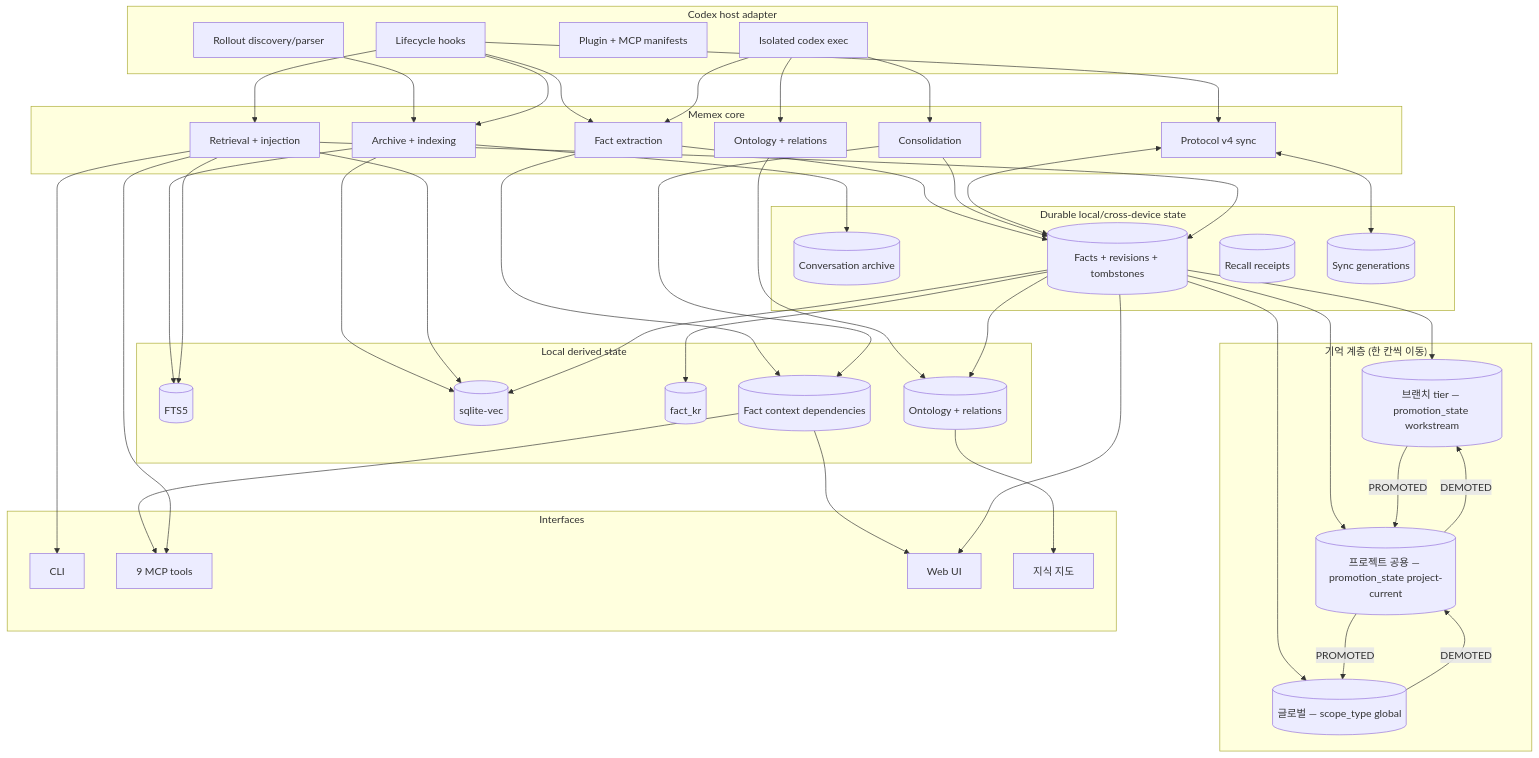
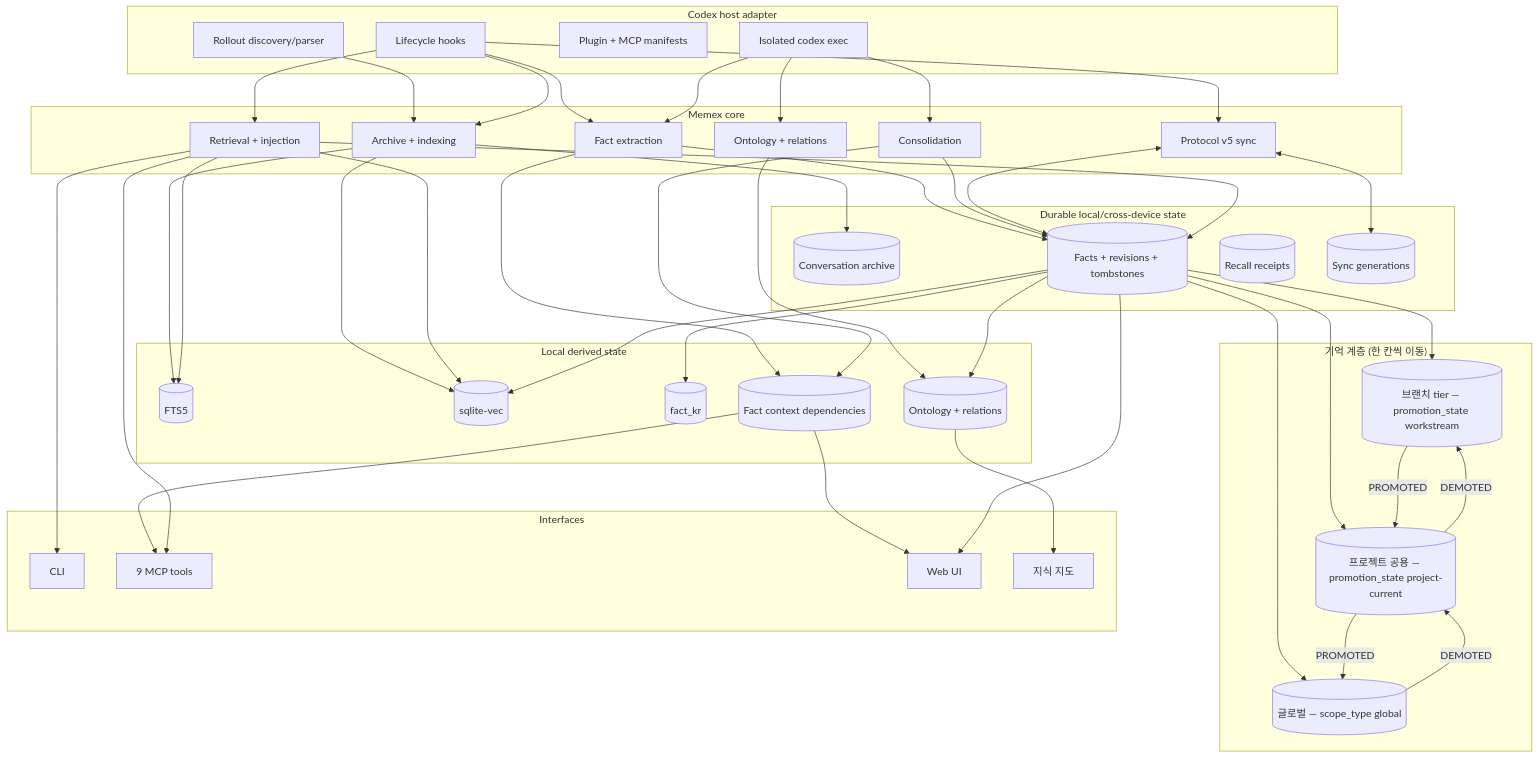
The first of 2 diagrams in docs/ARCHITECTURE.md (BongSuCHOI/memex), drawn with Mermaid before and after one commit. The commit also changed other lines of this file and 9 other files, not shown here.

```diff
--- a/docs/ARCHITECTURE.md
+++ b/docs/ARCHITECTURE.md
@@ -31,7 +31,7 @@
       ArchiveIndex[Archive + indexing]
       Extract[Fact extraction]
       Consolidate[Consolidation]
-      Sync[Protocol v4 sync]
+      Sync[Protocol v5 sync]
       Retrieve[Retrieval + injection]
       Ontology[Ontology + relations]
     end
```
